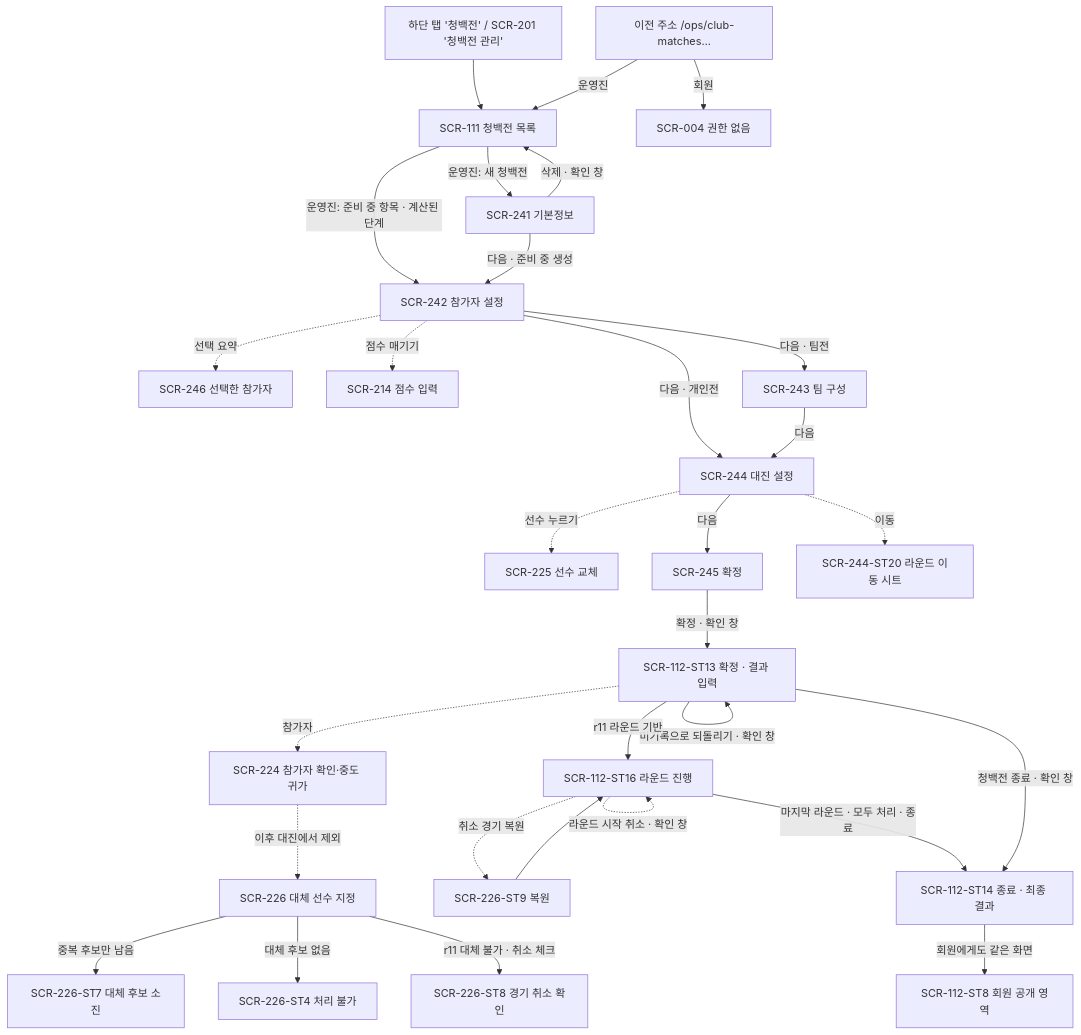
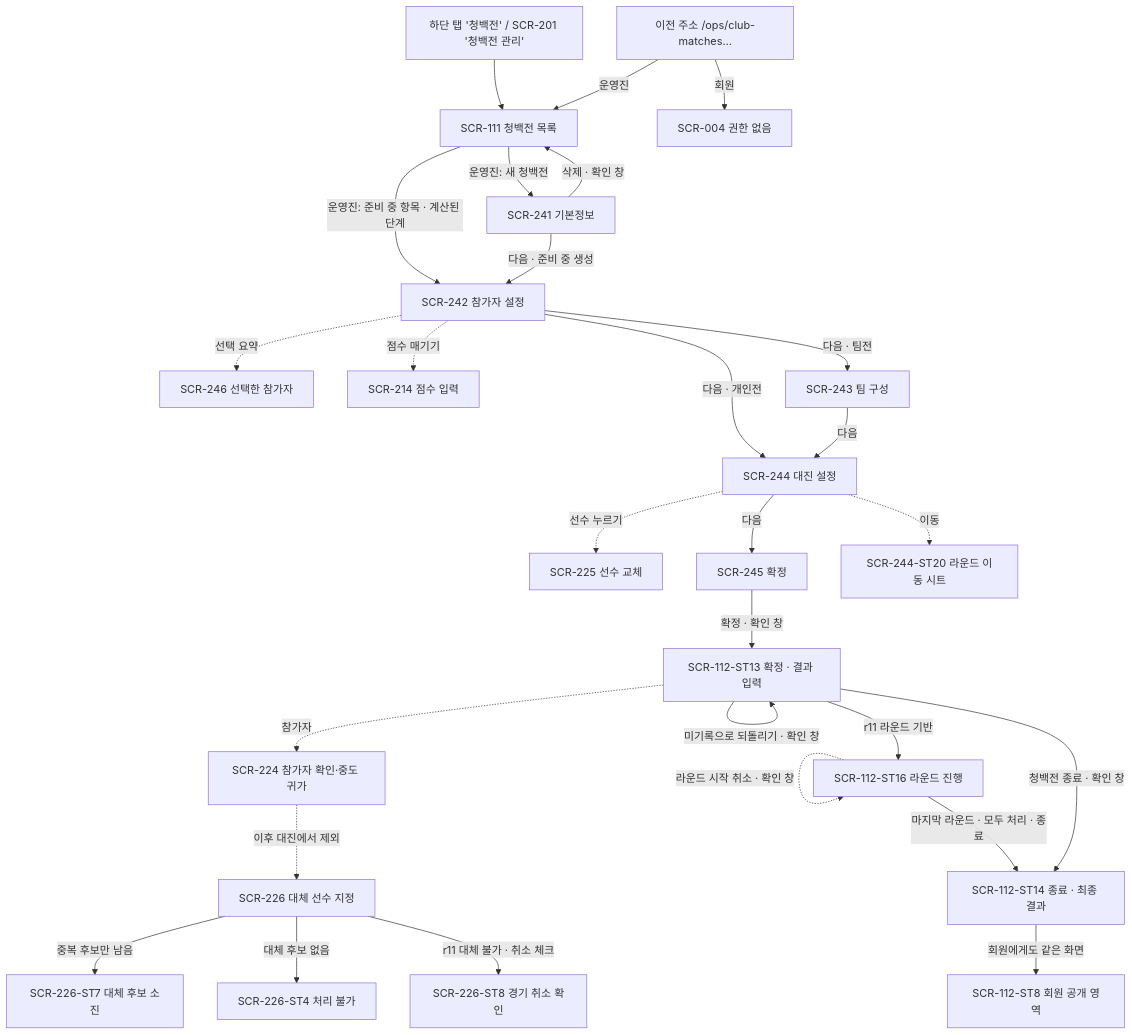
One commit to hoik-ryu/badminton-playbook changed the fifth of 8 diagrams in docs/design/03-screen-flows.md. Above: the diagram before and after it, drawn with Mermaid. The commit also changed other lines of this file and 32 other files, not shown here.

````diff
--- a/docs/design/03-screen-flows.md
+++ b/docs/design/03-screen-flows.md
@@ -169,34 +171,32 @@
 ```mermaid
 flowchart TD
   TAB[하단 탭 '청백전' / SCR-201 '청백전 관리'] --> SCR111[SCR-111 청백전 목록]
   SCR111 -->|운영진: 새 청백전| S241[SCR-241 기본정보]
   SCR111 -->|운영진: 준비 중 항목 · 계산된 단계| S242
   S241 -->|다음 · 준비 중 생성| S242[SCR-242 참가자 설정]
   S242 -.->|선택 요약| S246[SCR-246 선택한 참가자]
   S242 -.->|점수 매기기| SCR214[SCR-214 점수 입력]
   S242 -->|다음 · 팀전| S243[SCR-243 팀 구성]
   S242 -->|다음 · 개인전| S244[SCR-244 대진 설정]
   S243 -->|다음| S244
   S244 -.->|선수 누르기| SCR225[SCR-225 선수 교체]
   S244 -->|다음| S245[SCR-245 확정]
   S245 -->|확정 · 확인 창| SCR112P[SCR-112-ST13 확정 · 결과 입력]
   S241 -->|삭제 · 확인 창| SCR111
   SCR112P -->|결과 기록| SCR112P
   SCR112P -->|미기록으로 되돌리기 · 확인 창| SCR112P
   SCR112P -.->|참가자| SCR224[SCR-224 참가자 확인·중도 귀가]
   SCR224 -.->|이후 대진에서 제외| SCR226[SCR-226 대체 선수 지정]
   SCR226 -->|중복 후보만 남음| SCR226X[SCR-226-ST7 대체 후보 소진]
   SCR226 -->|대체 후보 없음| SCR226E[SCR-226-ST4 처리 불가]
   SCR112P -->|r11 라운드 기반| SCR112R[SCR-112-ST16 라운드 진행]
   SCR112R -->|모두 처리 · 다음 라운드 시작| SCR112R
   SCR112R -.->|라운드 시작 취소 · 확인 창| SCR112R
-  SCR112R -.->|취소 경기 복원| SCR226R[SCR-226-ST9 복원]
-  SCR226R --> SCR112R
   SCR226 -->|r11 대체 불가 · 취소 체크| SCR226C[SCR-226-ST8 경기 취소 확인]
   SCR112R -->|마지막 라운드 · 모두 처리 · 종료| SCR112Z
   S244 -.->|이동| S244M[SCR-244-ST20 라운드 이동 시트]
   SCR112P -->|청백전 종료 · 확인 창| SCR112Z[SCR-112-ST14 종료 · 최종 결과]
   SCR112Z -->|회원에게도 같은 화면| SCR112M[SCR-112-ST8 회원 공개 영역]
   OLD[이전 주소 /ops/club-matches…] -->|운영진| SCR111
   OLD -->|회원| SCR004[SCR-004 권한 없음]
 ```
````
